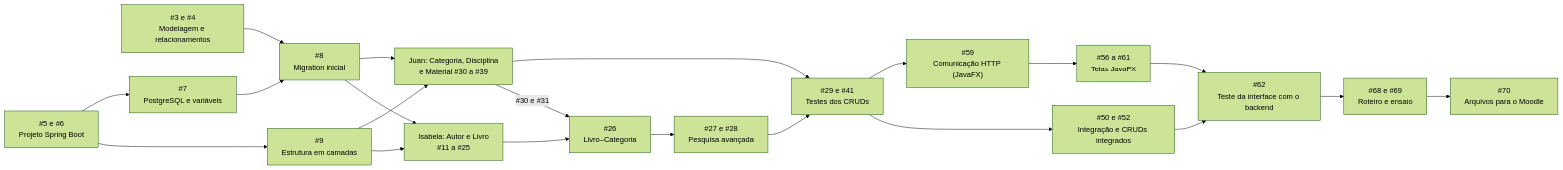
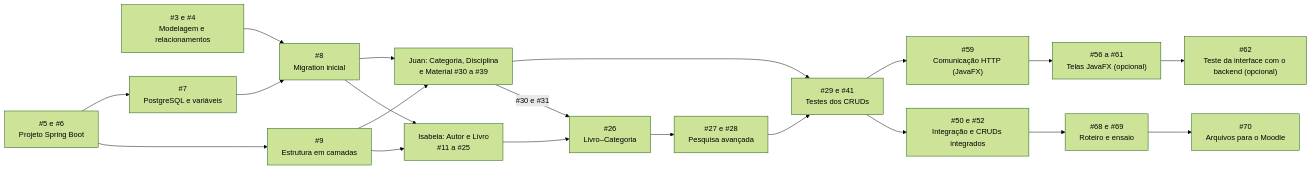
Before and after one commit to isabelaohanadev/classbook: the diagram in docs/PLANO_DE_TRABALHO.md, drawn with Mermaid (forest theme). The commit also changed other lines of this file and 2 other files, not shown here.

First line of the commit message:
docs: torna a interface JavaFX opcional e pós-avaliação

````diff
--- a/docs/PLANO_DE_TRABALHO.md
+++ b/docs/PLANO_DE_TRABALHO.md
@@ -28,23 +28,22 @@
 ```mermaid
 flowchart LR
     A["#3 e #4<br/>Modelagem e relacionamentos"] --> M["#8<br/>Migration inicial"]
     S["#5 e #6<br/>Projeto Spring Boot"] --> E["#9<br/>Estrutura em camadas"]
     S --> D["#7<br/>PostgreSQL e variáveis"]
     D --> M
     M --> AL["Isabela: Autor e Livro<br/>#11 a #25"]
     E --> AL
     M --> CDM["Juan: Categoria, Disciplina<br/>e Material #30 a #39"]
     E --> CDM
     CDM -- "#30 e #31" --> LC["#26<br/>Livro–Categoria"]
     AL --> LC
     LC --> BUSCA["#27 e #28<br/>Pesquisa avançada"]
     BUSCA --> T1["#29 e #41<br/>Testes dos CRUDs"]
     CDM --> T1
     T1 --> I["#50 e #52<br/>Integração e CRUDs integrados"]
     T1 --> HTTP["#59<br/>Comunicação HTTP (JavaFX)"]
-    HTTP --> UI["#56 a #61<br/>Telas JavaFX"]
-    I --> UT["#62<br/>Teste da interface com o backend"]
-    UI --> UT
-    UT --> ENS["#68 e #69<br/>Roteiro e ensaio"]
+    HTTP --> UI["#56 a #61<br/>Telas JavaFX (opcional)"]
+    UI --> UT["#62<br/>Teste da interface com o backend (opcional)"]
+    I --> ENS["#68 e #69<br/>Roteiro e ensaio"]
     ENS --> ENT["#70<br/>Arquivos para o Moodle"]
 ```
````
